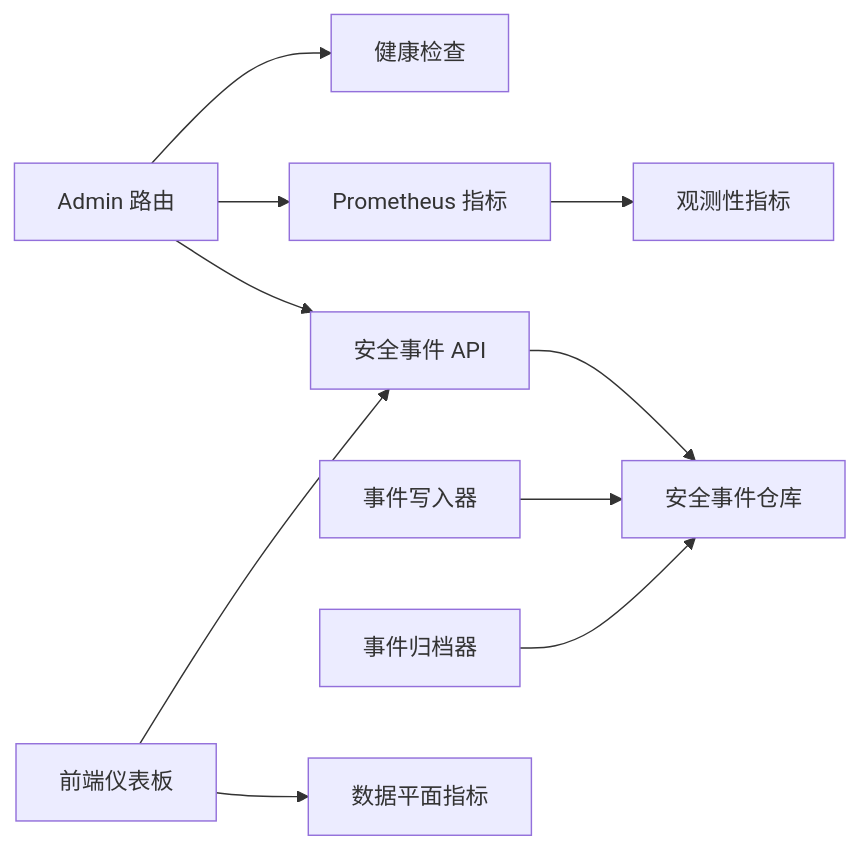
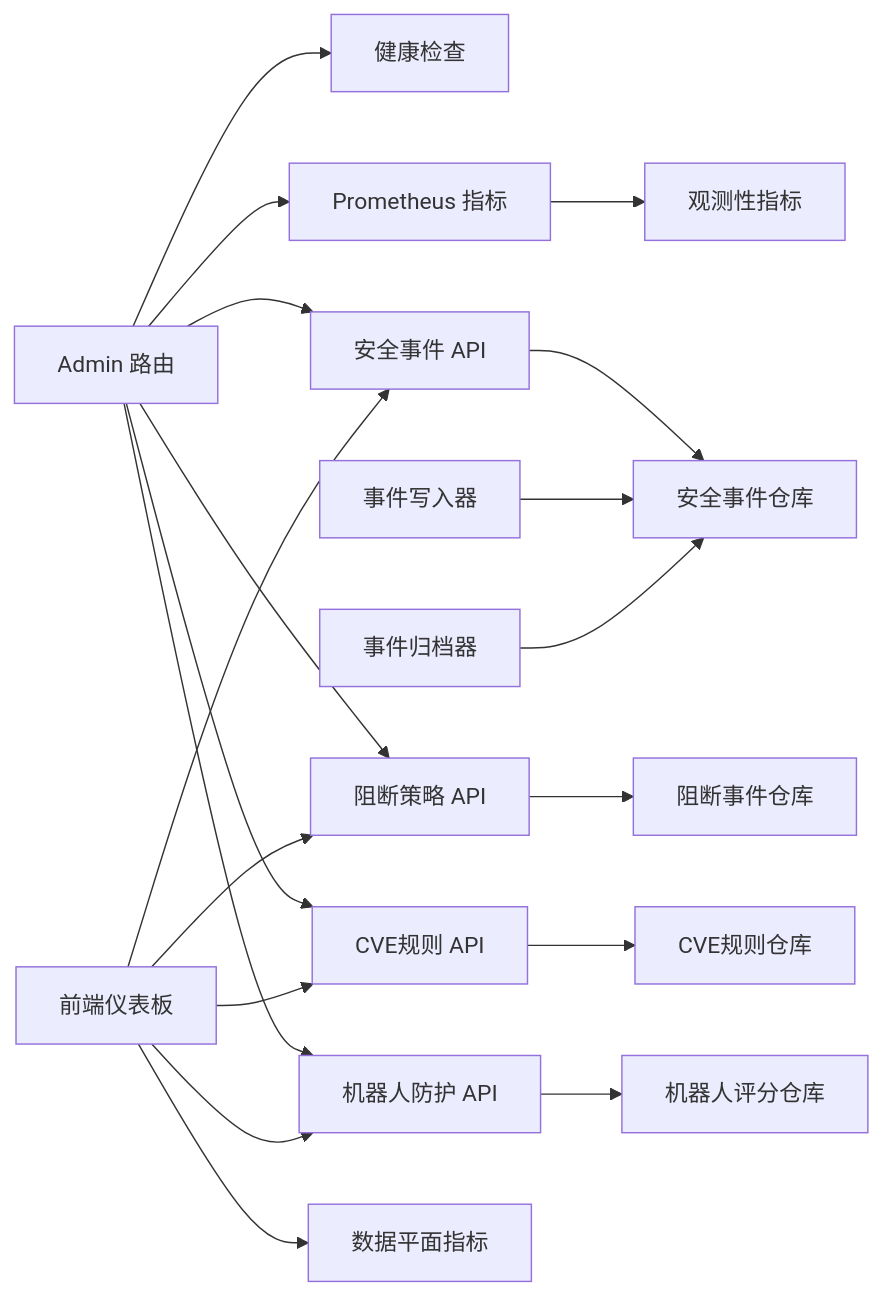
Before and after one commit to x01n/My-OpenWaf: diagram 13 of 13 in docs/监控与可观测性/监控与可观测性.md, drawn with Mermaid. The commit also changed other lines of this file and 51 other files, not shown here.

````diff
--- a/docs/监控与可观测性/监控与可观测性.md
+++ b/docs/监控与可观测性/监控与可观测性.md
@@ -353,12 +558,21 @@
 ```mermaid
 graph LR
 Router["Admin 路由"] --> HC["健康检查"]
 Router --> PM["Prometheus 指标"]
 Router --> API["安全事件 API"]
+Router --> DropAPI["阻断策略 API"]
+Router --> CVEAPI["CVE规则 API"]
+Router --> BotAPI["机器人防护 API"]
 API --> Repo["安全事件仓库"]
+DropAPI --> DropRepo["阻断事件仓库"]
+CVEAPI --> CVERepo["CVE规则仓库"]
+BotAPI --> BotRepo["机器人评分仓库"]
 PM --> Obs["观测性指标"]
 EW["事件写入器"] --> Repo
 Arch["事件归档器"] --> Repo
 FE["前端仪表板"] --> API
+FE --> DropAPI
+FE --> CVEAPI
+FE --> BotAPI
 FE --> DPM["数据平面指标"]
 ```
````
